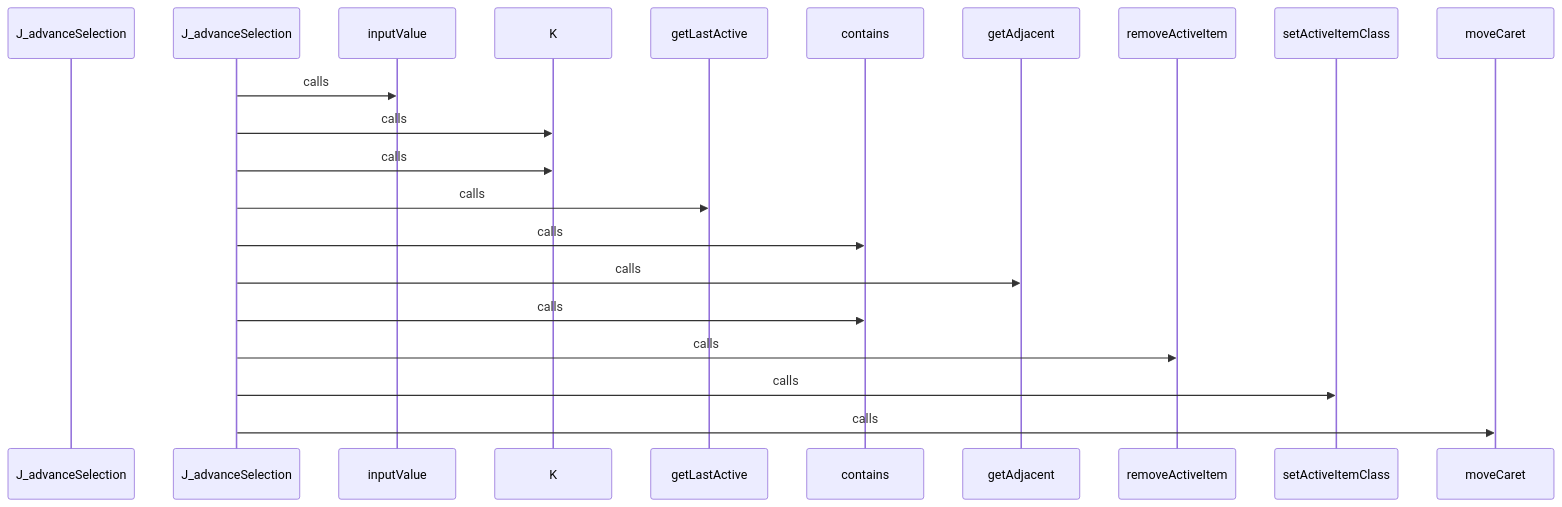
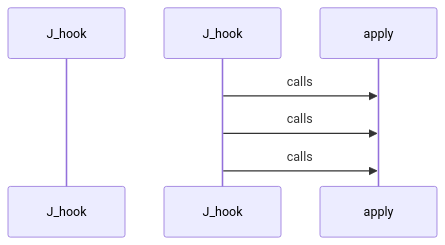
Diagram 19 of 28 in docs/CALL_FLOW.md (hazalkoom/DECODEx01), drawn with Mermaid before and after one commit. The commit also changed other lines of this file and 6 other files, not shown here.

Commit message:
feat: NLG heuristic improvements - stricter schema matching, python decorator parsing, utility path pruning

````diff
--- a/docs/CALL_FLOW.md
+++ b/docs/CALL_FLOW.md
@@ -669,45 +789,17 @@
 ```mermaid
 sequenceDiagram
-    participant Start as J_advanceSelection
+    participant Start as J_hook
 
 
-    J_advanceSelection->>inputValue: calls
+    J_hook->>apply: calls
 
 
 
-    J_advanceSelection->>K: calls
+    J_hook->>apply: calls
 
 
 
-    J_advanceSelection->>K: calls
-
-
-
-    J_advanceSelection->>getLastActive: calls
-
-
-
-    J_advanceSelection->>contains: calls
-
-
-
-    J_advanceSelection->>getAdjacent: calls
-
-
-
-    J_advanceSelection->>contains: calls
-
-
-
-    J_advanceSelection->>removeActiveItem: calls
-
-
-
-    J_advanceSelection->>setActiveItemClass: calls
-
-
-
-    J_advanceSelection->>moveCaret: calls
+    J_hook->>apply: calls
 
 
 ```
````
